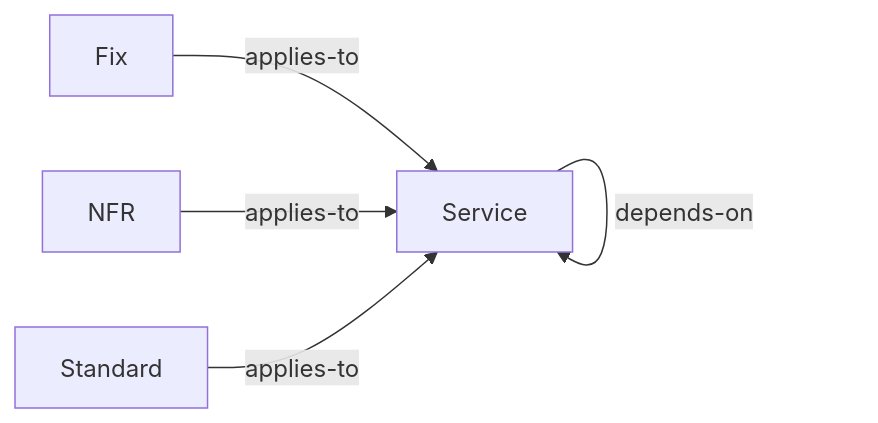
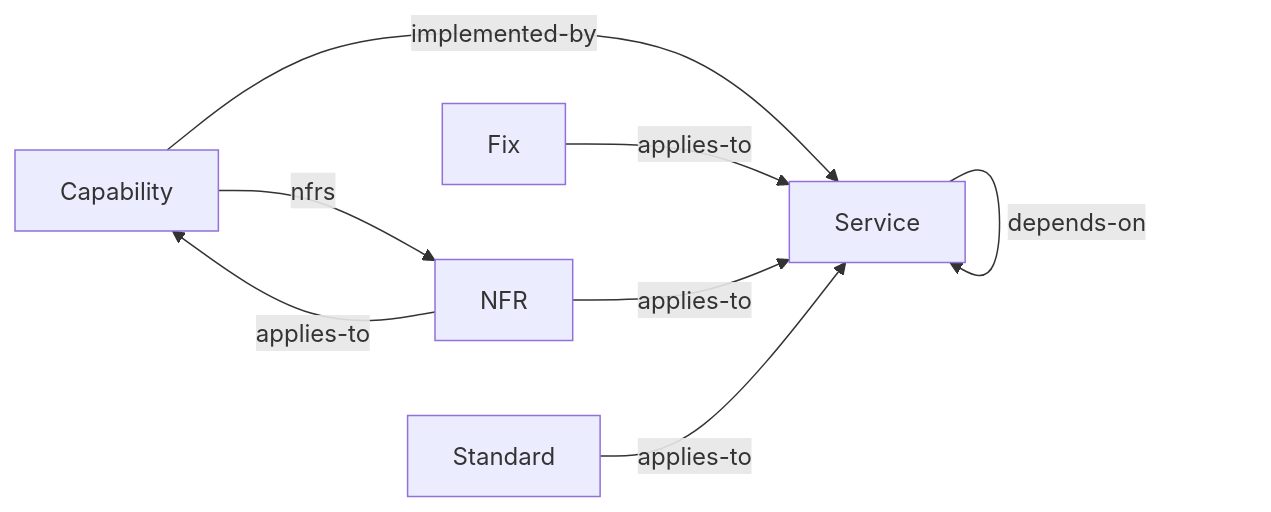
One commit to paul80nd/knowledge-as-code changed the diagram in examples/payments/knowledge-as-code/taxonomy.md. Above: the diagram before and after it, drawn with Mermaid. The commit also changed other lines of this file and 15 other files, not shown here.

````diff
--- a/examples/payments/knowledge-as-code/taxonomy.md
+++ b/examples/payments/knowledge-as-code/taxonomy.md
@@ -67,11 +73,15 @@
 ```mermaid
 graph LR;
+  t_capabilities[Capability];
   t_fixes[Fix];
   t_nfrs[NFR];
   t_services[Service];
   t_standards[Standard];
+  t_capabilities -- implemented-by --> t_services;
+  t_capabilities -- nfrs --> t_nfrs;
   t_fixes -- applies-to --> t_services;
   t_nfrs -- applies-to --> t_services;
+  t_nfrs -- applies-to --> t_capabilities;
   t_services -- depends-on --> t_services;
   t_standards -- applies-to --> t_services;
 ```
````
